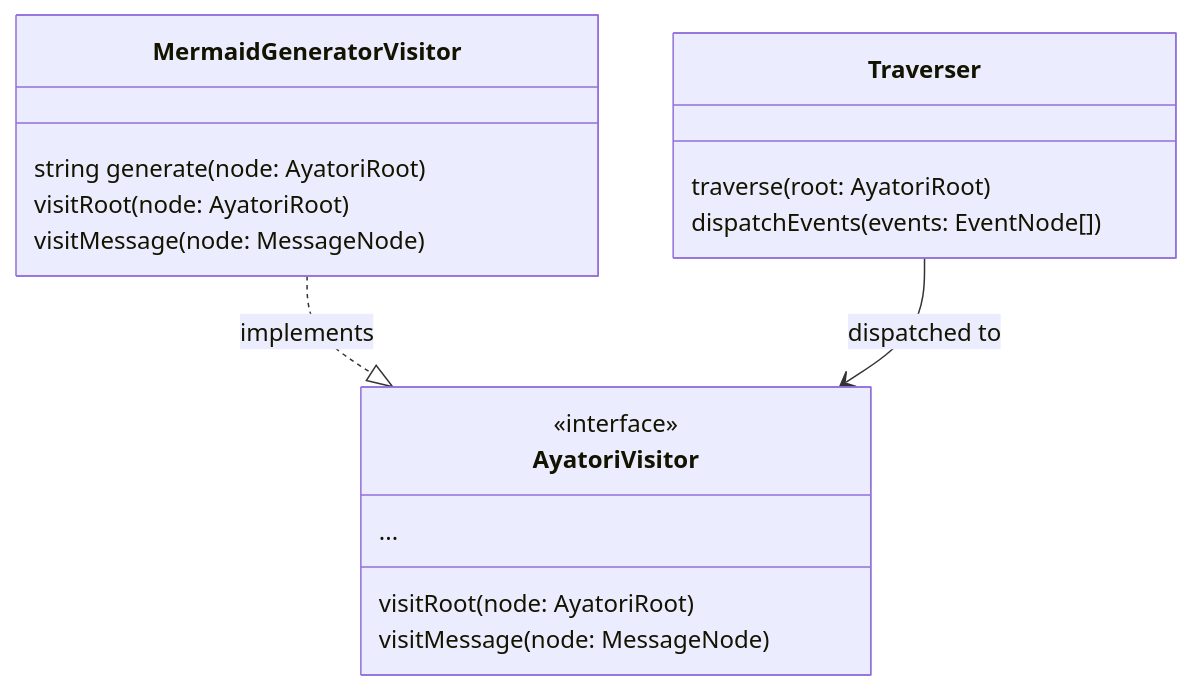
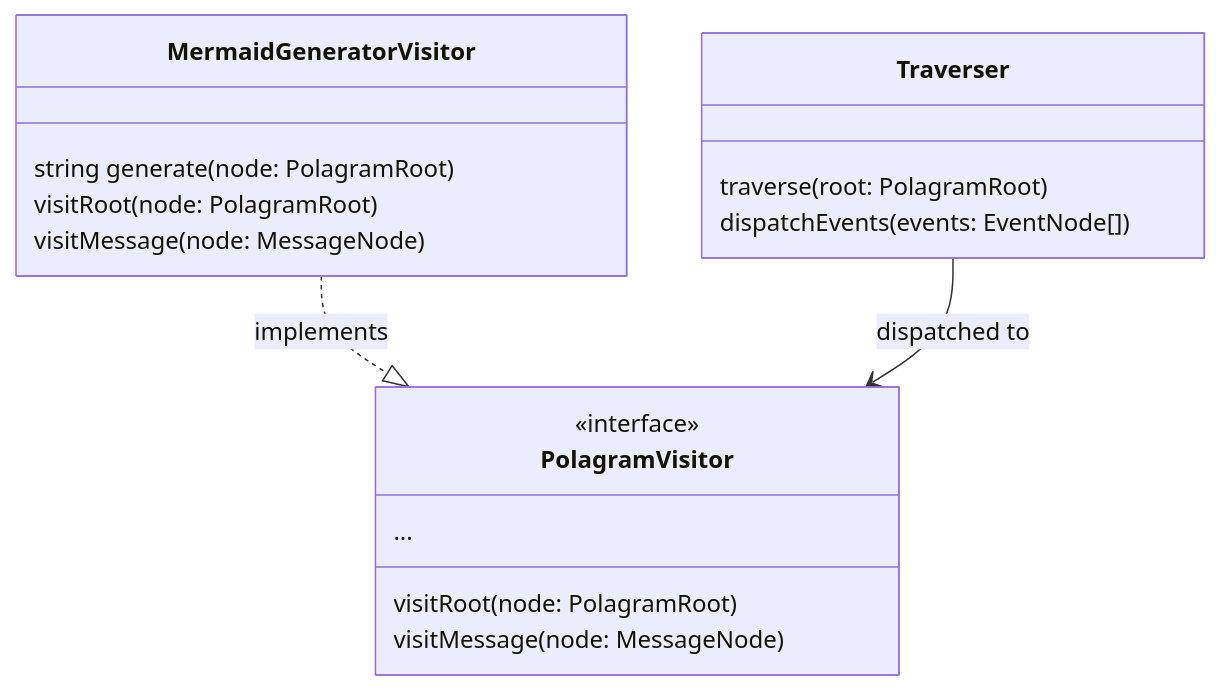
The second of 2 diagrams in packages/core/docs/02-architecture.md (Jun-T-git/polagram), drawn with Mermaid before and after one commit. The commit also changed other lines of this file and 26 other files, not shown here.

Commit message:
refactor: rename project, packages, and core types from Ayatori to Polagram.

````diff
--- a/packages/core/docs/02-architecture.md
+++ b/packages/core/docs/02-architecture.md
@@ -60,23 +60,23 @@
 ```mermaid
 classDiagram
-    class AyatoriVisitor {
+    class PolagramVisitor {
         <<interface>>
-        visitRoot(node: AyatoriRoot)
+        visitRoot(node: PolagramRoot)
         visitMessage(node: MessageNode)
         ...
     }
 
     class MermaidGeneratorVisitor {
-        string generate(node: AyatoriRoot)
-        visitRoot(node: AyatoriRoot)
+        string generate(node: PolagramRoot)
+        visitRoot(node: PolagramRoot)
         visitMessage(node: MessageNode)
     }
 
     class Traverser {
-        traverse(root: AyatoriRoot)
+        traverse(root: PolagramRoot)
         dispatchEvents(events: EventNode[])
     }
 
-    MermaidGeneratorVisitor ..|> AyatoriVisitor : implements
-    Traverser --> AyatoriVisitor : dispatched to
+    MermaidGeneratorVisitor ..|> PolagramVisitor : implements
+    Traverser --> PolagramVisitor : dispatched to
 ```
````
